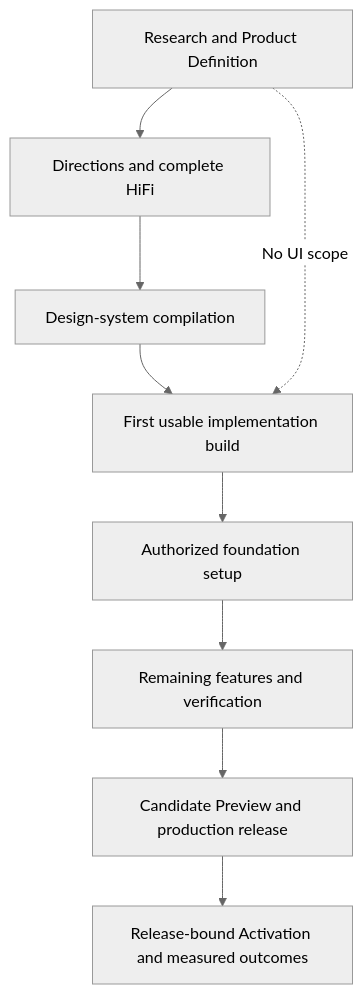
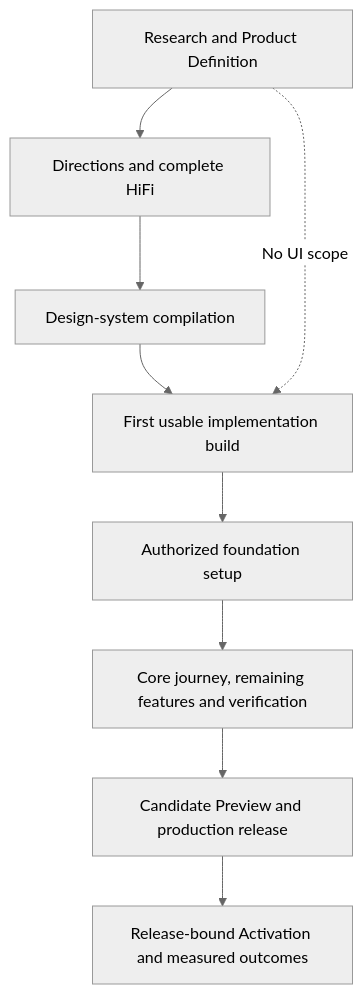
The first of 4 diagrams in README.md (Phlegonlabs/product-delivery-harness), drawn with Mermaid (neutral theme) before and after one commit. The commit also changed other lines of this file and 8 other files, not shown here.

````diff
--- a/README.md
+++ b/README.md
@@ -77,11 +77,11 @@
 ```mermaid
 flowchart TD
   P[Research and Product Definition] --> U[Directions and complete HiFi]
   U --> D[Design-system compilation]
   D --> B[First usable implementation build]
   P -. No UI scope .-> B
   B --> F[Authorized foundation setup]
-  F --> I[Remaining features and verification]
+  F --> I[Core journey, remaining features and verification]
   I --> R[Candidate Preview and production release]
   R --> A[Release-bound Activation and measured outcomes]
 ```
````
